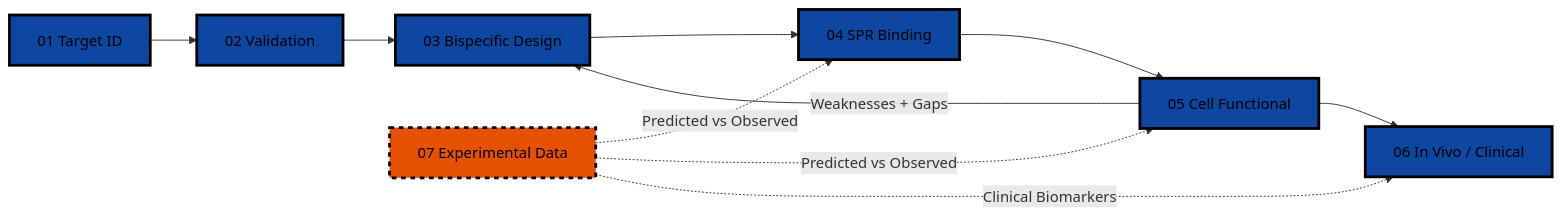
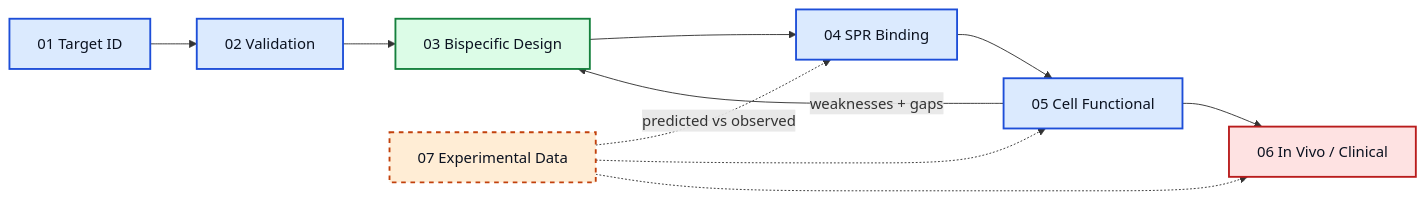
One commit to peterydkim/drug-discovery-bispecific-agents changed the first of 3 diagrams in README.md. Above: the diagram before and after it, drawn with Mermaid. The commit also changed other lines of this file and 1 other file, not shown here.

````diff
--- a/README.md
+++ b/README.md
@@ -92,17 +92,21 @@
 ```mermaid
 flowchart LR
     A["01 Target ID"] --> B["02 Validation"]
     B --> C["03 Bispecific Design"]
     C --> D["04 SPR Binding"]
     D --> E["05 Cell Functional"]
-    E -->|"Weaknesses + Gaps"| C
+    E -->|"weaknesses + gaps"| C
     E --> F["06 In Vivo / Clinical"]
-    G["07 Experimental Data"] -.->|"Predicted vs Observed"| D
-    G -.->|"Predicted vs Observed"| E
-    G -.->|"Clinical Biomarkers"| F
+    G["07 Experimental Data"] -.->|"predicted vs observed"| D
+    G -.-> E
+    G -.-> F
 
-    classDef main fill:#0D47A1,stroke:#000000,stroke-width:3px,color:#000000
-    classDef optional fill:#E65100,stroke:#000000,stroke-width:3px,color:#000000,stroke-dasharray: 5 5
-    class A,B,C,D,E,F main
+    classDef main fill:#DBEAFE,stroke:#1D4ED8,stroke-width:2px,color:#0B1220
+    classDef design fill:#DCFCE7,stroke:#15803D,stroke-width:2px,color:#0B1220
+    classDef final fill:#FEE2E2,stroke:#B91C1C,stroke-width:2px,color:#0B1220
+    classDef optional fill:#FFEDD5,stroke:#C2410C,stroke-width:2px,color:#0B1220,stroke-dasharray:5 5
+    class A,B,D,E main
+    class C design
+    class F final
     class G optional
 ```
````
